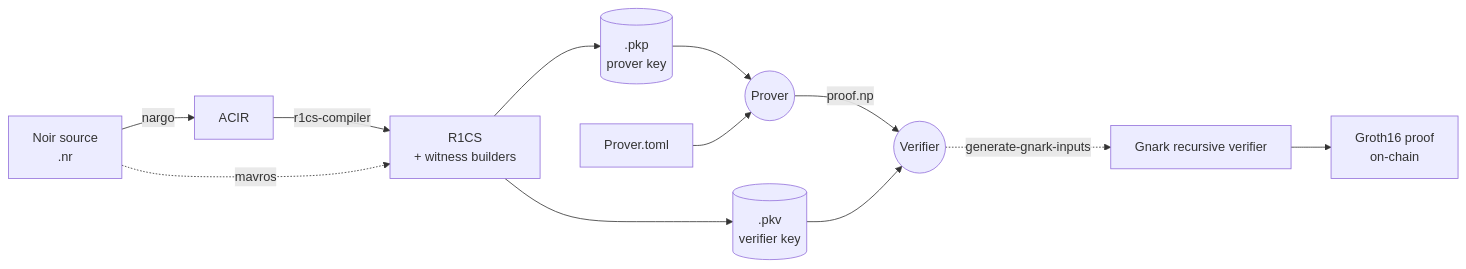
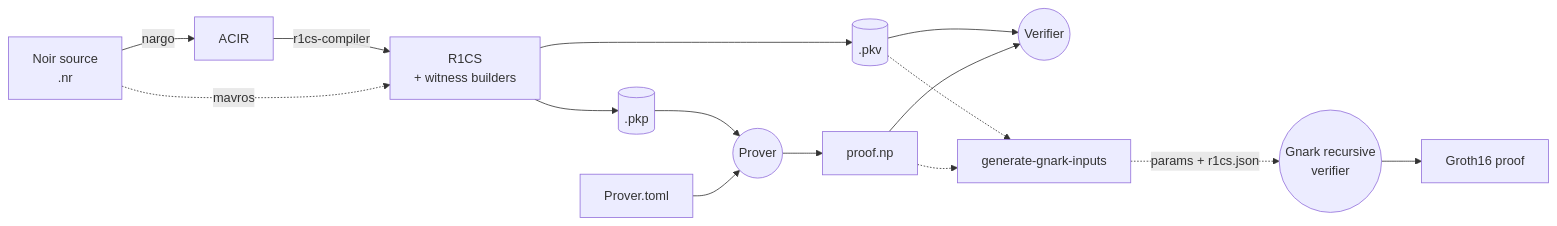
One commit to worldfnd/provekit changed the diagram in README.md. Above: the diagram before and after it, drawn with Mermaid. The commit also changed other lines of this file, not shown here.

Commit message:
docs(readme): correct generate-gnark-inputs flow in architecture diagram
The previous diagram had the native Verifier feeding the recursive verifier
through generate-gnark-inputs, which is wrong. generate-gnark-inputs is a
sibling consumer of the same artifacts the native verifier reads — it takes
the .pkv and proof.np, transcodes them into a parameter file and an R1CS
JSON, and the Go/gnark recursive verifier consumes those.

Diagram now shows .pkv and proof.np feeding both the native Verifier and
generate-gnark-inputs, and the latter producing the params + r1cs.json that
the Gnark recursive verifier turns into a Groth16 proof.

````diff
--- a/README.md
+++ b/README.md
@@ -19,14 +19,17 @@
 ```mermaid
 graph LR
     N[Noir source<br/>.nr] -->|nargo| ACIR[ACIR]
     ACIR -->|r1cs-compiler| R1CS[R1CS<br/>+ witness builders]
     N -.->|mavros| R1CS
-    R1CS --> PKP[(.pkp<br/>prover key)]
-    R1CS --> PKV[(.pkv<br/>verifier key)]
+    R1CS --> PKP[(.pkp)]
+    R1CS --> PKV[(.pkv)]
     PKP --> Prover((Prover))
     Inputs[Prover.toml] --> Prover
-    Prover -->|proof.np| Verifier((Verifier))
-    PKV --> Verifier
-    Verifier -.->|generate-gnark-inputs| Recursive[Gnark recursive verifier]
-    Recursive --> G16[Groth16 proof<br/>on-chain]
+    Prover --> NP[proof.np]
+    PKV --> Verifier((Verifier))
+    NP --> Verifier
+    PKV -.-> GGI[generate-gnark-inputs]
+    NP -.-> GGI
+    GGI -.->|params + r1cs.json| Recursive((Gnark recursive<br/>verifier))
+    Recursive --> G16[Groth16 proof]
 ```
````
